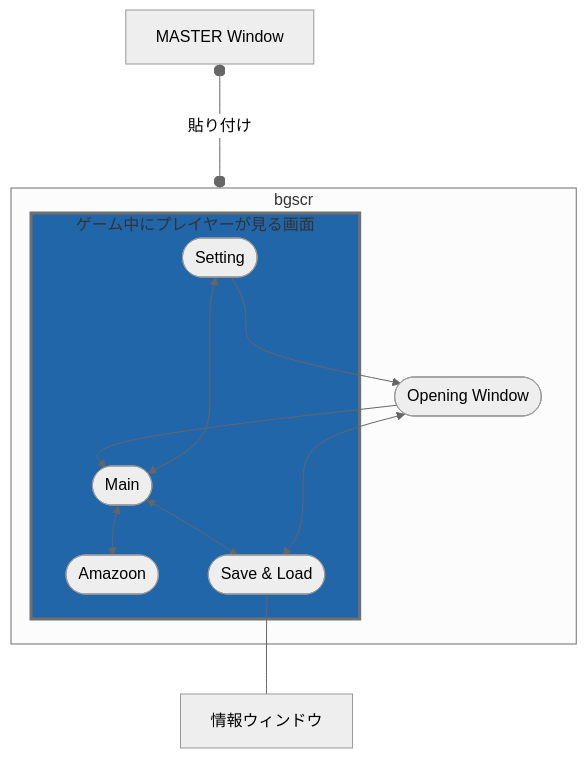
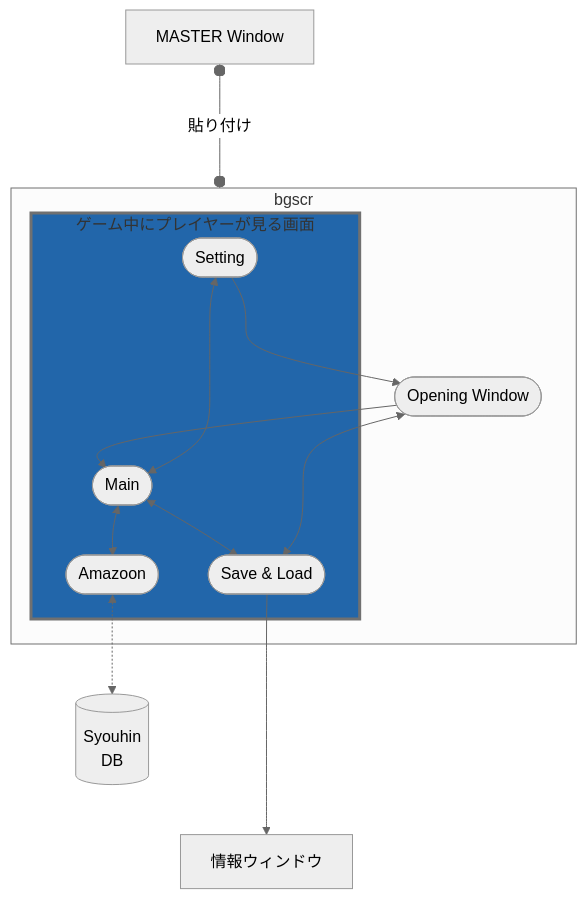
Before and after one commit to YUZRANIUM/PC_CareingDiary: the diagram in README.md, drawn with Mermaid (neutral theme). The commit also changed other lines of this file and 2 other files, not shown here.

````diff
--- a/README.md
+++ b/README.md
@@ -15,22 +15,22 @@
 ```mermaid
 
 flowchart TB
 
 MASTER[MASTER Window] o---o | 貼り付け | bgscr
 
 subgraph bgscr
 	se([Setting]) ---> op([Opening Window])
 
 	subgraph id1 [ゲーム中にプレイヤーが見る画面]
 		ma([Main]) <--> se([Setting]) & am([Amazoon]) & sa([Save & Load])
 	end
 
 	op([Opening Window]) <--> sa([Save & Load])
 	op([Opening Window]) --> ma([Main])
 end
-
-sa([Save & Load])---情報ウィンドウ
+	am([Amazoon]) <-.-> db[(Syouhin<br>DB)]
+	sa([Save & Load]) ---> 情報ウィンドウ
 
 style id1 fill:#26a, strole:#aaa, stroke-width:3px
 
 ```
````
